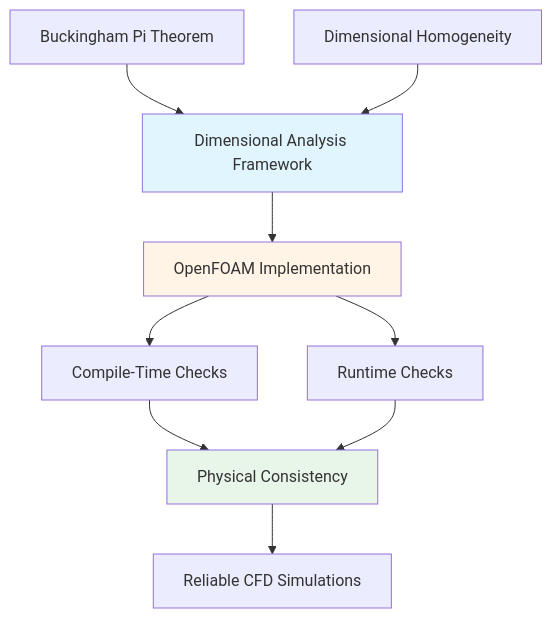
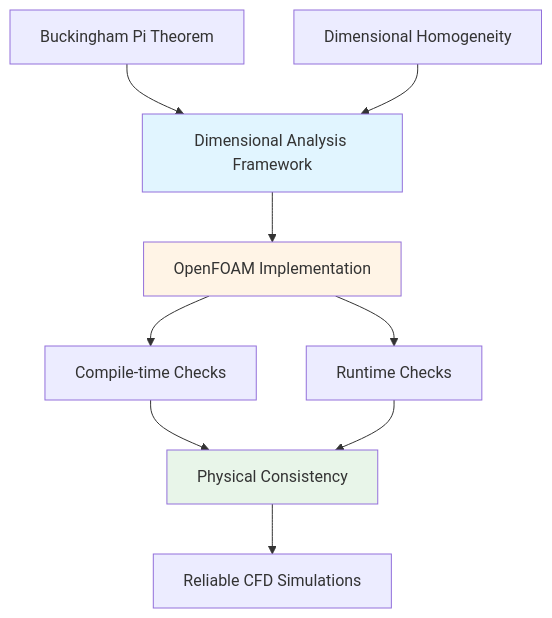
Before and after one commit to wramet/build-my-cfd: the fourth of 5 diagrams in MODULE_05_OPENFOAM_PROGRAMMING/CONTENT/02_DIMENSIONED_TYPES/06_Engineering_Benefits.md, drawn with Mermaid. The commit also changed other lines of this file and 104 other files, not shown here.

````diff
--- a/MODULE_05_OPENFOAM_PROGRAMMING/CONTENT/02_DIMENSIONED_TYPES/06_Engineering_Benefits.md
+++ b/MODULE_05_OPENFOAM_PROGRAMMING/CONTENT/02_DIMENSIONED_TYPES/06_Engineering_Benefits.md
@@ -736,18 +603,18 @@
 ```mermaid
 flowchart TD
     A[Buckingham Pi Theorem] --> B[Dimensional Analysis Framework]
     C[Dimensional Homogeneity] --> B
 
     B --> D[OpenFOAM Implementation]
-    D --> E[Compile-Time Checks]
+    D --> E[Compile-time Checks]
     D --> F[Runtime Checks]
 
     E --> G[Physical Consistency]
     F --> G
 
     G --> H[Reliable CFD Simulations]
 
     style B fill:#e1f5ff
     style D fill:#fff4e6
     style G fill:#e8f5e9
 ```
````
